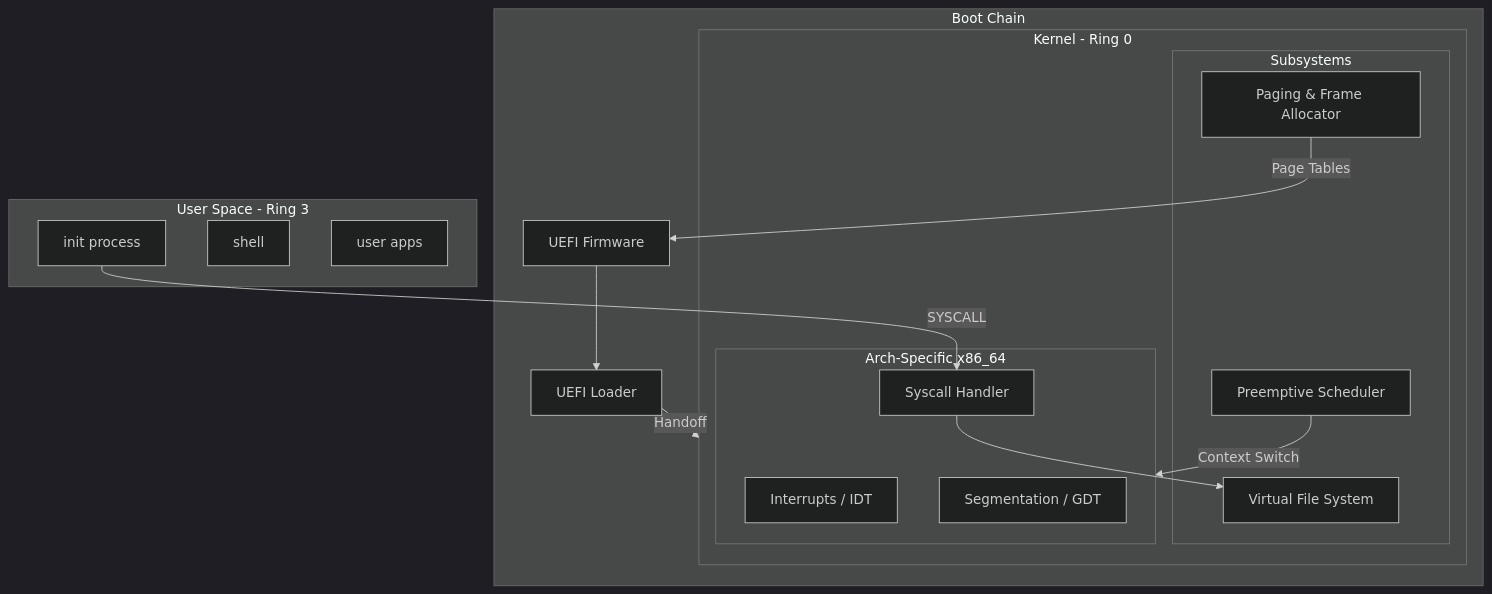
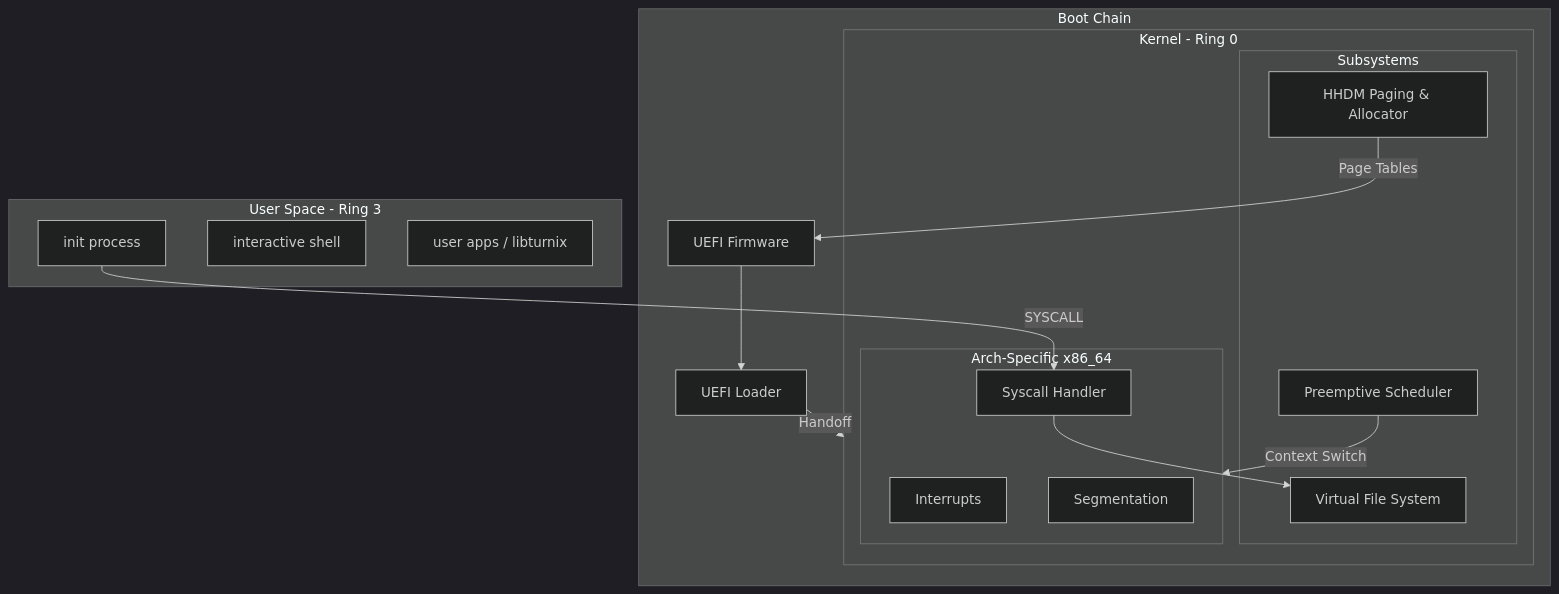
One commit to uttampaliwal/NewOS changed the diagram in README.md. Above: the diagram before and after it, drawn with Mermaid (dark theme). The commit also changed other lines of this file and 8 other files, not shown here.

````diff
--- a/README.md
+++ b/README.md
@@ -9,31 +16,31 @@
 ```mermaid
 graph TD
-    subgraph UserSpace [User Space - Ring 3]
+    subgraph Userland [User Space - Ring 3]
         Init[init process]
-        Shell[shell]
-        App[user apps]
+        Shell[interactive shell]
+        App[user apps / libturnix]
     end
 
     subgraph Kernel [Kernel - Ring 0]
         subgraph Subsystems
             Sched[Preemptive Scheduler]
             VFS[Virtual File System]
-            Memory[Paging & Frame Allocator]
+            Mem[HHDM Paging & Allocator]
         end
         subgraph Arch [Arch-Specific x86_64]
-            IDT[Interrupts / IDT]
-            GDT[Segmentation / GDT]
+            IDT[Interrupts]
+            GDT[Segmentation]
             Sys[Syscall Handler]
         end
     end
 
     subgraph Boot [Boot Chain]
         UEFI[UEFI Firmware] --> Loader[UEFI Loader]
         Loader --> |Handoff| Kernel
     end
 
     Init --> |SYSCALL| Sys
     Sys --> VFS
     Sched --> |Context Switch| Arch
-    Memory --> |Page Tables| UEFI
+    Mem --> |Page Tables| UEFI
 ```
````
